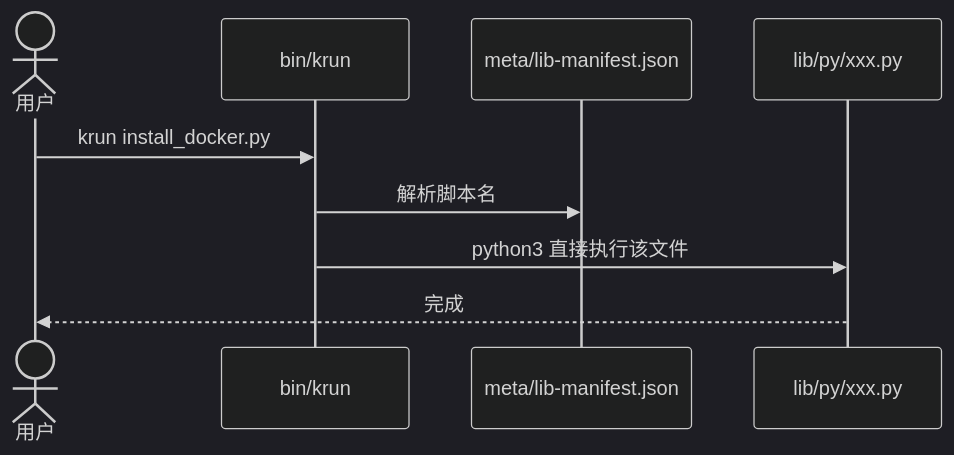
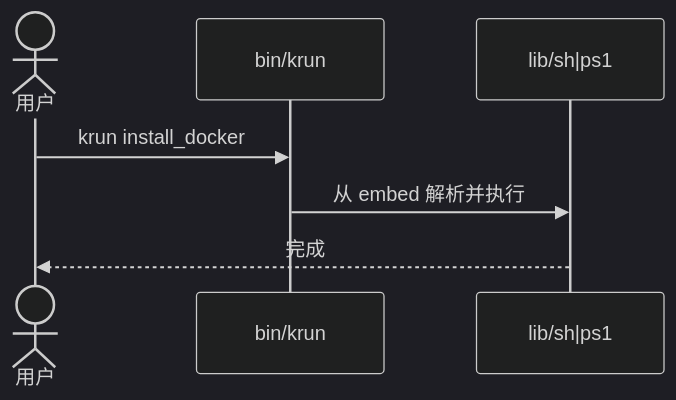
One commit to kevin197011/krun changed the second of 5 diagrams in README.md. Above: the diagram before and after it, drawn with Mermaid (dark theme). The commit also changed other lines of this file and 107 other files, not shown here.

````diff
--- a/README.md
+++ b/README.md
@@ -71,12 +67,10 @@
 ```mermaid
 sequenceDiagram
     actor U as 用户
     participant K as bin/krun
-    participant M as meta/lib-manifest.json
-    participant S as lib/py/xxx.py
+    participant S as lib/sh|ps1
 
-    U->>K: krun install_docker.py
-    K->>M: 解析脚本名
-    K->>S: python3 直接执行该文件
+    U->>K: krun install_docker
+    K->>S: 从 embed 解析并执行
     S-->>U: 完成
 ```
````
